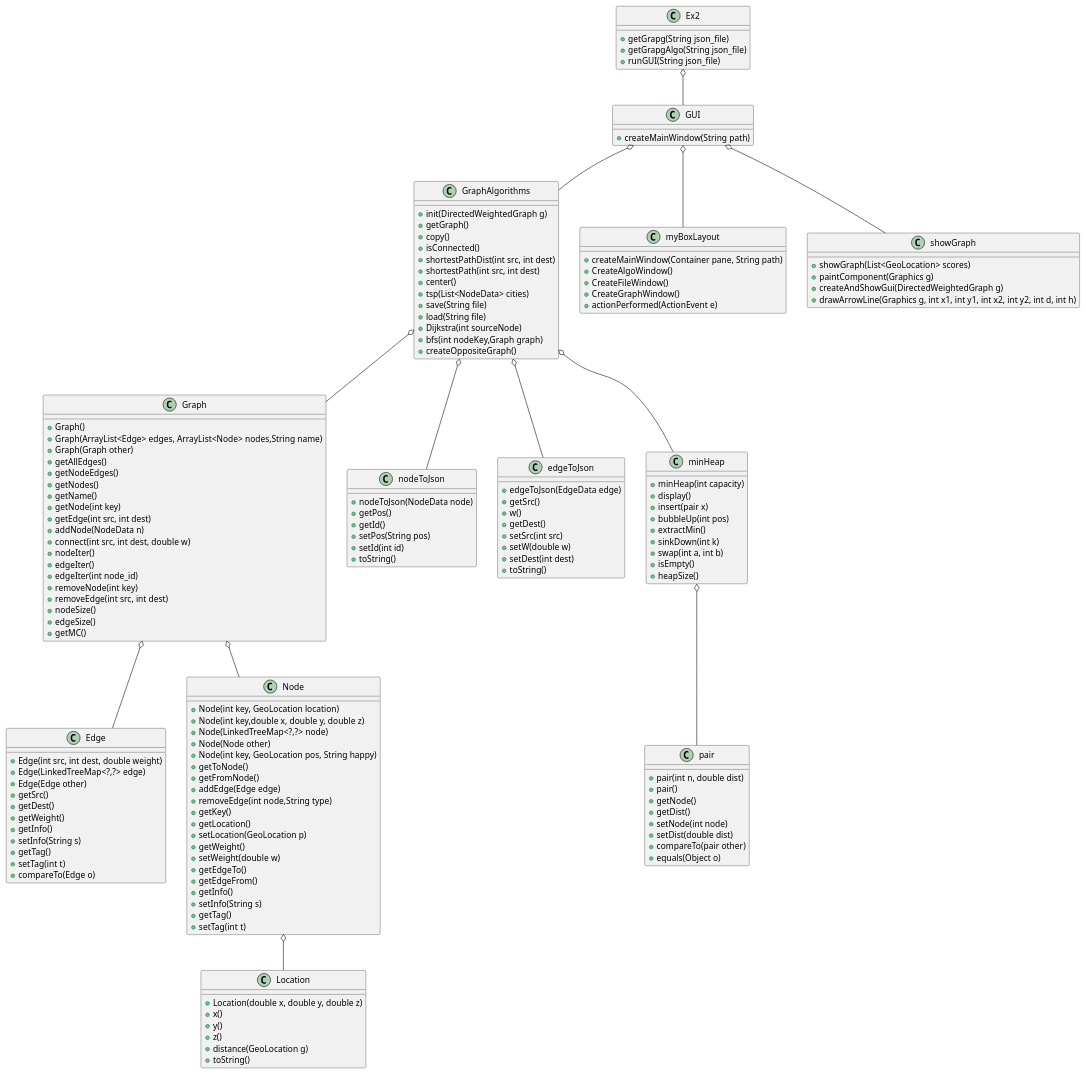
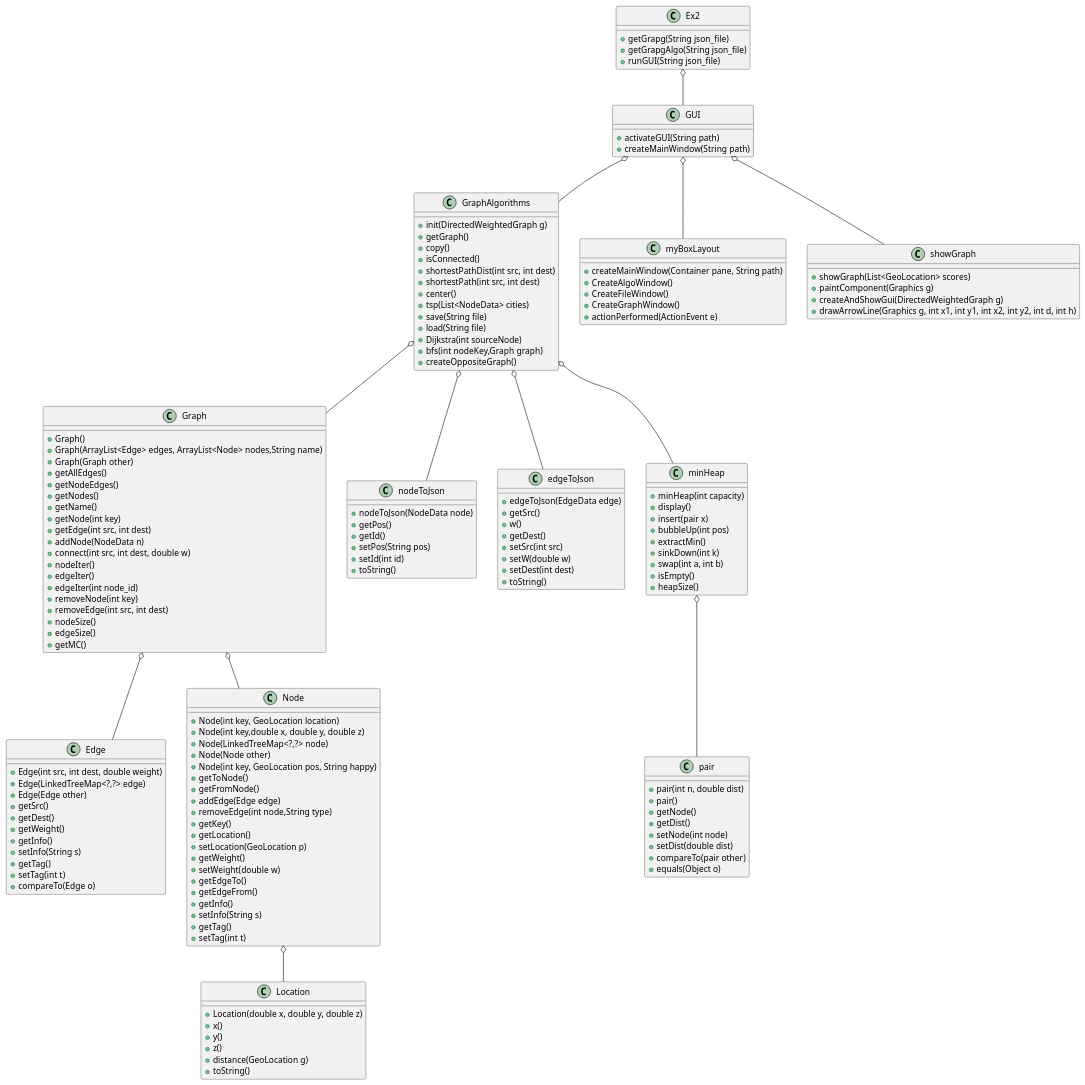
One commit to TaliaSeada/Ex2_OOP changed the diagram in Diagram.puml. Above: the diagram before and after it, drawn with PlantUML. The commit also changed 1 other file, not shown here.

Commit message:
UML update, ReadMe update

```diff
--- a/Diagram.puml
+++ b/Diagram.puml
@@ -1,168 +1,169 @@
 @startuml
 
 Ex2 o-- GUI
 GUI o-- GraphAlgorithms
 GUI o-- myBoxLayout
 GUI o-- showGraph
 GraphAlgorithms o-- Graph
 GraphAlgorithms o-- nodeToJson
 GraphAlgorithms o-- edgeToJson
 GraphAlgorithms o-- minHeap
 minHeap o-- pair
 Graph o-- Edge
 Graph o-- Node
 Node o-- Location
 
 class Ex2{
 +getGrapg(String json_file)
 +getGrapgAlgo(String json_file)
 +runGUI(String json_file)
 }
 
 class GUI{
++activateGUI(String path)
 +createMainWindow(String path)
 }
 
 class GraphAlgorithms {
 +init(DirectedWeightedGraph g)
 +getGraph()
 +copy()
 +isConnected()
 +shortestPathDist(int src, int dest)
 +shortestPath(int src, int dest)
 +center()
 +tsp(List<NodeData> cities)
 +save(String file)
 +load(String file)
 +Dijkstra(int sourceNode)
 +bfs(int nodeKey,Graph graph)
 +createOppositeGraph()
 }
 
 class myBoxLayout {
 +createMainWindow(Container pane, String path)
 +CreateAlgoWindow()
 +CreateFileWindow()
 +CreateGraphWindow()
 +actionPerformed(ActionEvent e)
 }
 
 class showGraph {
 +showGraph(List<GeoLocation> scores)
 +paintComponent(Graphics g)
 +createAndShowGui(DirectedWeightedGraph g)
 +drawArrowLine(Graphics g, int x1, int y1, int x2, int y2, int d, int h)
 }
 
 class Graph {
 +Graph()
 +Graph(ArrayList<Edge> edges, ArrayList<Node> nodes,String name)
 +Graph(Graph other)
 +getAllEdges()
 +getNodeEdges()
 +getNodes()
 +getName()
 +getNode(int key)
 +getEdge(int src, int dest)
 +addNode(NodeData n)
 +connect(int src, int dest, double w)
 +nodeIter()
 +edgeIter()
 +edgeIter(int node_id)
 +removeNode(int key)
 +removeEdge(int src, int dest)
 +nodeSize()
 +edgeSize()
 +getMC()
 }
 
 class nodeToJson {
 +nodeToJson(NodeData node)
 +getPos()
 +getId()
 +setPos(String pos)
 +setId(int id)
 +toString()
 }
 
 class edgeToJson {
 +edgeToJson(EdgeData edge)
 +getSrc()
 +w()
 +getDest()
 +setSrc(int src)
 +setW(double w)
 +setDest(int dest)
 +toString()
 }
 
 class minHeap {
 +minHeap(int capacity)
 +display()
 +insert(pair x)
 +bubbleUp(int pos)
 +extractMin()
 +sinkDown(int k)
 +swap(int a, int b)
 +isEmpty()
 +heapSize()
 }
 
 class pair {
 +pair(int n, double dist)
 +pair()
 +getNode()
 +getDist()
 +setNode(int node)
 +setDist(double dist)
 +compareTo(pair other)
 +equals(Object o)
 }
 
 class Node {
 +Node(int key, GeoLocation location)
 +Node(int key,double x, double y, double z)
 +Node(LinkedTreeMap<?,?> node)
 +Node(Node other)
 +Node(int key, GeoLocation pos, String happy)
 +getToNode()
 +getFromNode()
 +addEdge(Edge edge)
 +removeEdge(int node,String type)
 +getKey()
 +getLocation()
 +setLocation(GeoLocation p)
 +getWeight()
 +setWeight(double w)
 +getEdgeTo()
 +getEdgeFrom()
 +getInfo()
 +setInfo(String s)
 +getTag()
 +setTag(int t)
 }
 
 class Edge {
 +Edge(int src, int dest, double weight)
 +Edge(LinkedTreeMap<?,?> edge)
 +Edge(Edge other)
 +getSrc()
 +getDest()
 +getWeight()
 +getInfo()
 +setInfo(String s)
 +getTag()
 +setTag(int t)
 +compareTo(Edge o)
 }
 
 class Location {
 +Location(double x, double y, double z)
 +x()
 +y()
 +z()
 +distance(GeoLocation g)
 +toString()
 }
 
 @enduml
```
